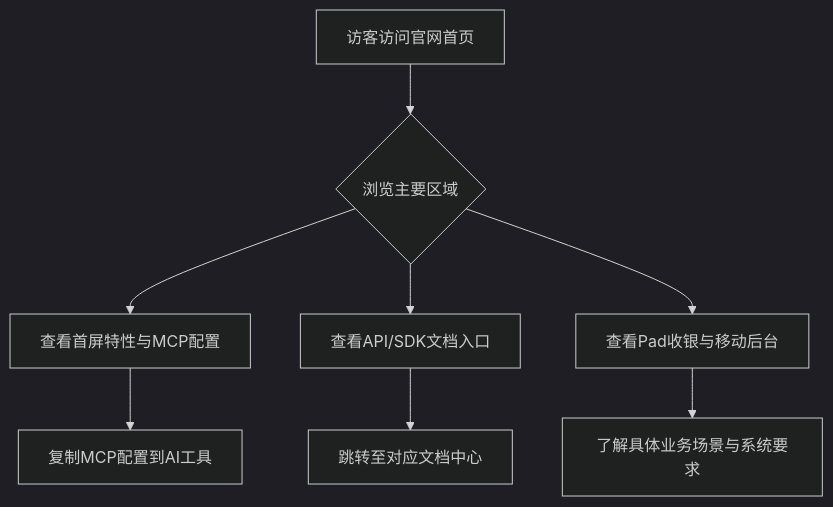
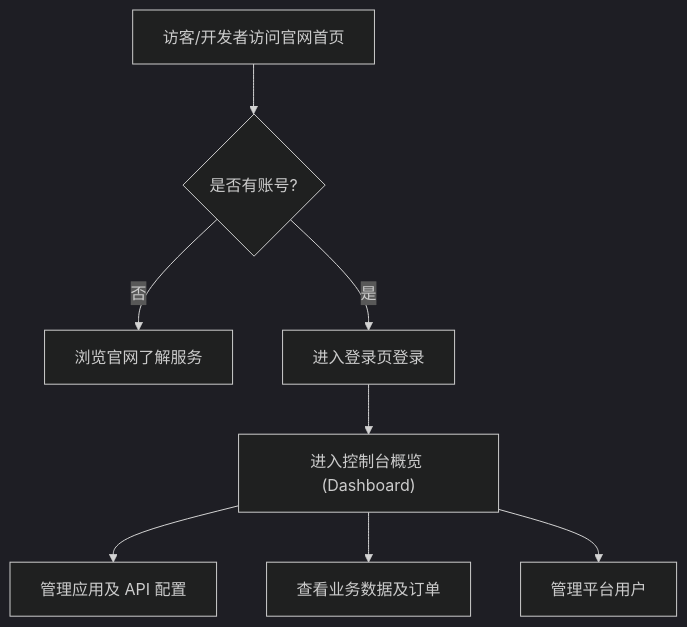
The diagram in .trae/documents/prd.md (jsjjl/it52), drawn with Mermaid (dark theme) before and after one commit. The commit also changed other lines of this file and 12 other files, not shown here.

````diff
--- a/.trae/documents/prd.md
+++ b/.trae/documents/prd.md
@@ -35,10 +33,10 @@
 ```mermaid
 graph TD
-    A["访客访问官网首页"] --> B{"浏览主要区域"}
-    B --> C["查看首屏特性与MCP配置"]
-    B --> D["查看API/SDK文档入口"]
-    B --> E["查看Pad收银与移动后台"]
-    C --> F["复制MCP配置到AI工具"]
-    D --> G["跳转至对应文档中心"]
-    E --> H["了解具体业务场景与系统要求"]
+    A["访客/开发者访问官网首页"] --> B{"是否有账号?"}
+    B -- "否" --> C["浏览官网了解服务"]
+    B -- "是" --> D["进入登录页登录"]
+    D --> E["进入控制台概览 (Dashboard)"]
+    E --> F["管理应用及 API 配置"]
+    E --> G["查看业务数据及订单"]
+    E --> H["管理平台用户"]
 ```
````
